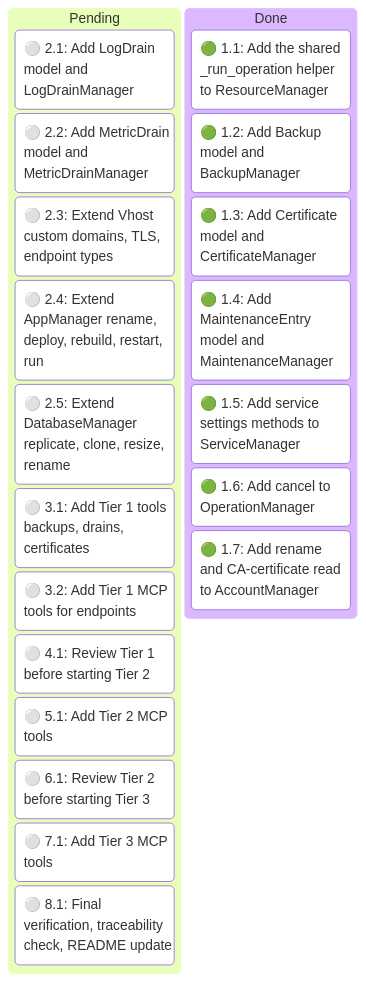
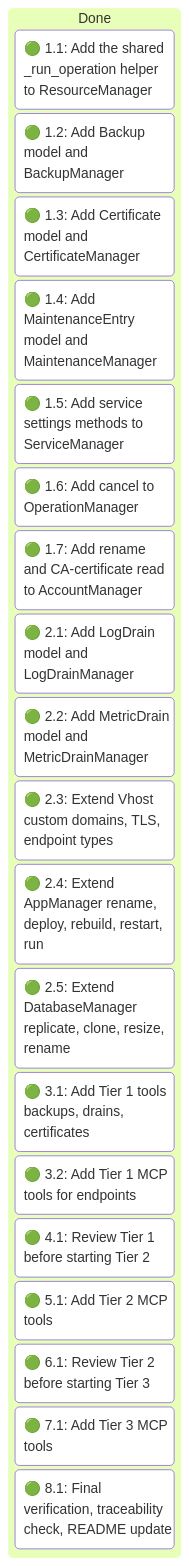
Before and after one commit to sohampatwardhan/aptible-mcp: the first of 2 diagrams in .specs/mcp-api-parity/05_execution.md, drawn with Mermaid. The commit also changed other lines of this file and 8 other files, not shown here.

````diff
--- a/.specs/mcp-api-parity/05_execution.md
+++ b/.specs/mcp-api-parity/05_execution.md
@@ -100,24 +107,23 @@
 ```mermaid
 kanban
-  pending[Pending]
-    t_kanban_2_1[⚪ 2.1: Add LogDrain model and LogDrainManager]
-    t_kanban_2_2[⚪ 2.2: Add MetricDrain model and MetricDrainManager]
-    t_kanban_2_3[⚪ 2.3: Extend Vhost custom domains, TLS, endpoint types]
-    t_kanban_2_4[⚪ 2.4: Extend AppManager rename, deploy, rebuild, restart, run]
-    t_kanban_2_5[⚪ 2.5: Extend DatabaseManager replicate, clone, resize, rename]
-    t_kanban_3_1[⚪ 3.1: Add Tier 1 tools backups, drains, certificates]
-    t_kanban_3_2[⚪ 3.2: Add Tier 1 MCP tools for endpoints]
-    t_kanban_4_1[⚪ 4.1: Review Tier 1 before starting Tier 2]
-    t_kanban_5_1[⚪ 5.1: Add Tier 2 MCP tools]
-    t_kanban_6_1[⚪ 6.1: Review Tier 2 before starting Tier 3]
-    t_kanban_7_1[⚪ 7.1: Add Tier 3 MCP tools]
-    t_kanban_8_1[⚪ 8.1: Final verification, traceability check, README update]
   done[Done]
     t_kanban_1_1[🟢 1.1: Add the shared _run_operation helper to ResourceManager]
     t_kanban_1_2[🟢 1.2: Add Backup model and BackupManager]
     t_kanban_1_3[🟢 1.3: Add Certificate model and CertificateManager]
     t_kanban_1_4[🟢 1.4: Add MaintenanceEntry model and MaintenanceManager]
     t_kanban_1_5[🟢 1.5: Add service settings methods to ServiceManager]
     t_kanban_1_6[🟢 1.6: Add cancel to OperationManager]
     t_kanban_1_7[🟢 1.7: Add rename and CA-certificate read to AccountManager]
+    t_kanban_2_1[🟢 2.1: Add LogDrain model and LogDrainManager]
+    t_kanban_2_2[🟢 2.2: Add MetricDrain model and MetricDrainManager]
+    t_kanban_2_3[🟢 2.3: Extend Vhost custom domains, TLS, endpoint types]
+    t_kanban_2_4[🟢 2.4: Extend AppManager rename, deploy, rebuild, restart, run]
+    t_kanban_2_5[🟢 2.5: Extend DatabaseManager replicate, clone, resize, rename]
+    t_kanban_3_1[🟢 3.1: Add Tier 1 tools backups, drains, certificates]
+    t_kanban_3_2[🟢 3.2: Add Tier 1 MCP tools for endpoints]
+    t_kanban_4_1[🟢 4.1: Review Tier 1 before starting Tier 2]
+    t_kanban_5_1[🟢 5.1: Add Tier 2 MCP tools]
+    t_kanban_6_1[🟢 6.1: Review Tier 2 before starting Tier 3]
+    t_kanban_7_1[🟢 7.1: Add Tier 3 MCP tools]
+    t_kanban_8_1[🟢 8.1: Final verification, traceability check, README update]
 ```
````
